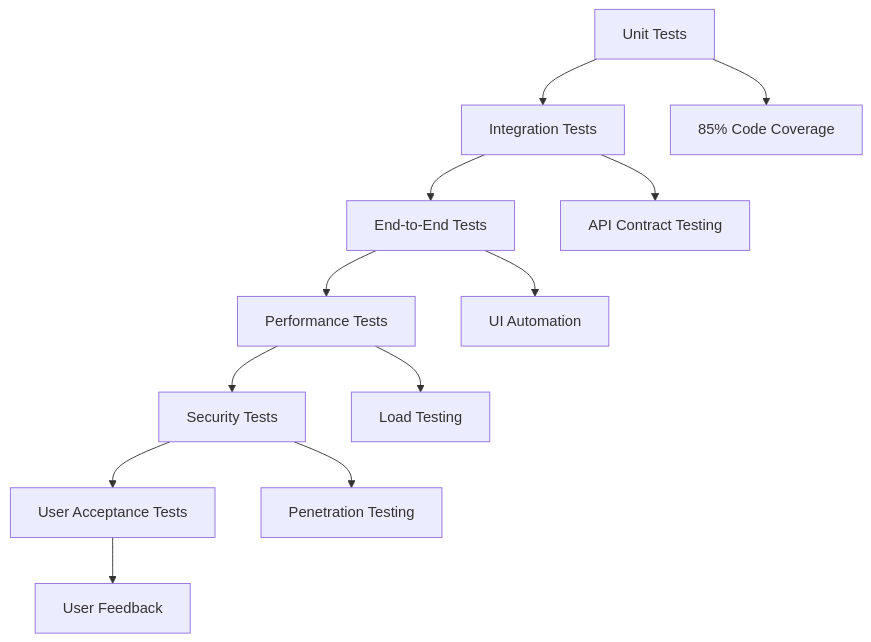
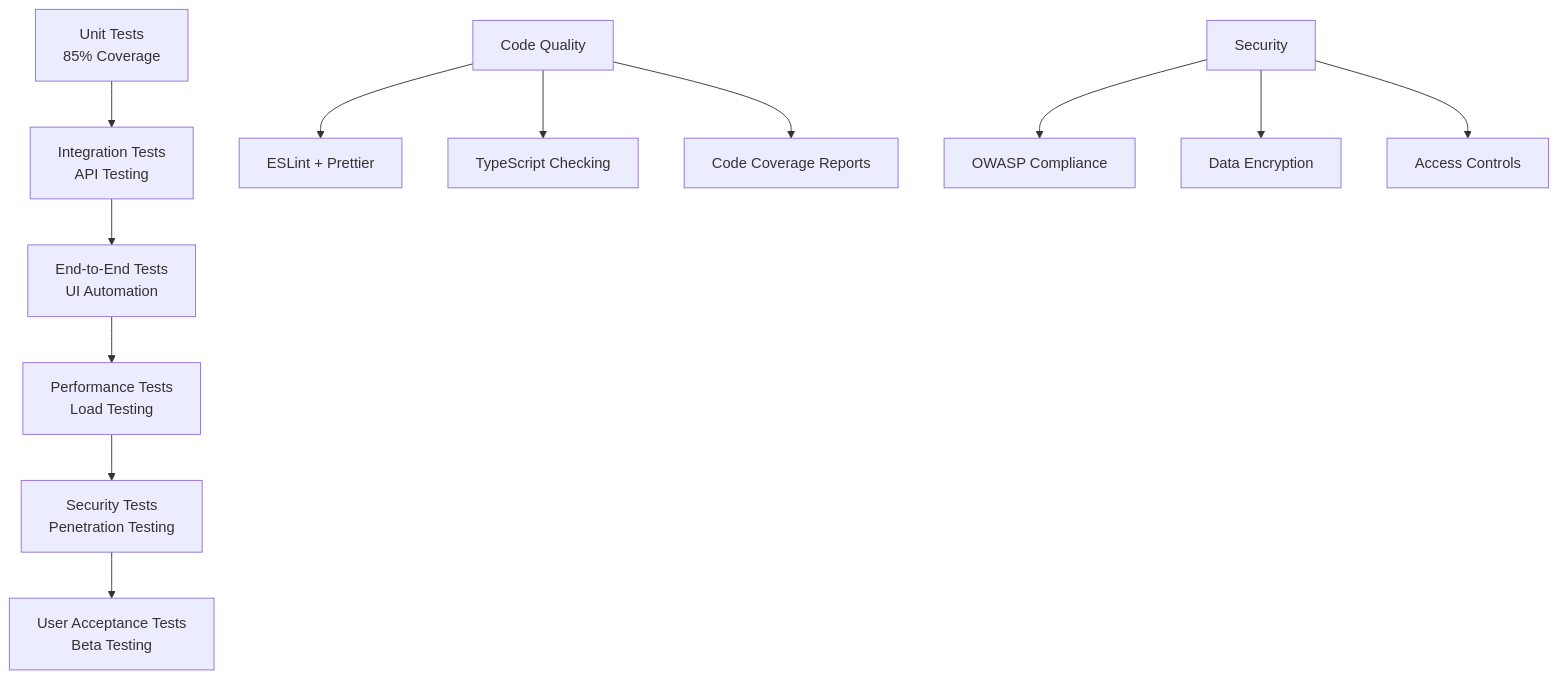
One commit to Akshit358/Finsage changed the ninth of 9 diagrams in README.md. Above: the diagram before and after it, drawn with Mermaid. The commit also changed other lines of this file, not shown here.

````diff
--- a/README.md
+++ b/README.md
@@ -464,15 +524,16 @@
 ```mermaid
 graph TB
-    A[Unit Tests] --> B[Integration Tests]
-    B --> C[End-to-End Tests]
-    C --> D[Performance Tests]
-    D --> E[Security Tests]
-    E --> F[User Acceptance Tests]
+    A[Unit Tests<br/>85% Coverage] --> B[Integration Tests<br/>API Testing]
+    B --> C[End-to-End Tests<br/>UI Automation]
+    C --> D[Performance Tests<br/>Load Testing]
+    D --> E[Security Tests<br/>Penetration Testing]
+    E --> F[User Acceptance Tests<br/>Beta Testing]
     
-    A --> G[85% Code Coverage]
-    B --> H[API Contract Testing]
-    C --> I[UI Automation]
-    D --> J[Load Testing]
-    E --> K[Penetration Testing]
-    F --> L[User Feedback]
+    G[Code Quality] --> H[ESLint + Prettier]
+    G --> I[TypeScript Checking]
+    G --> J[Code Coverage Reports]
+    
+    K[Security] --> L[OWASP Compliance]
+    K --> M[Data Encryption]
+    K --> N[Access Controls]
 ```
````
